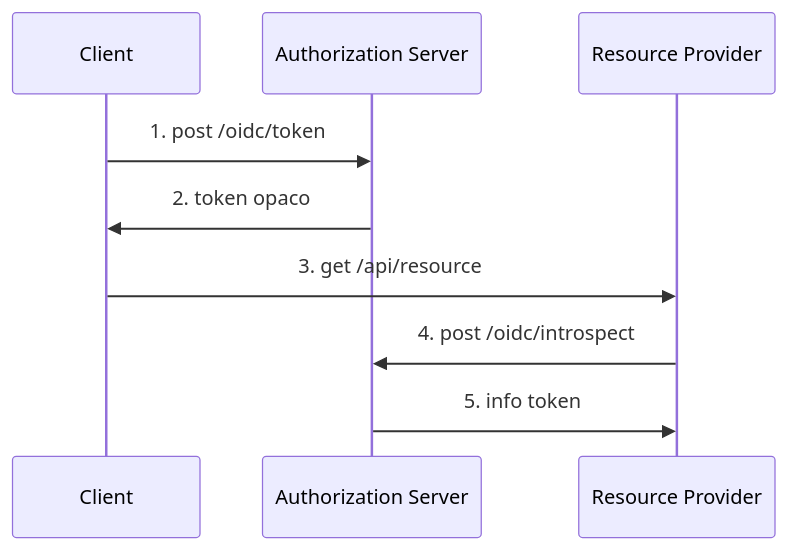
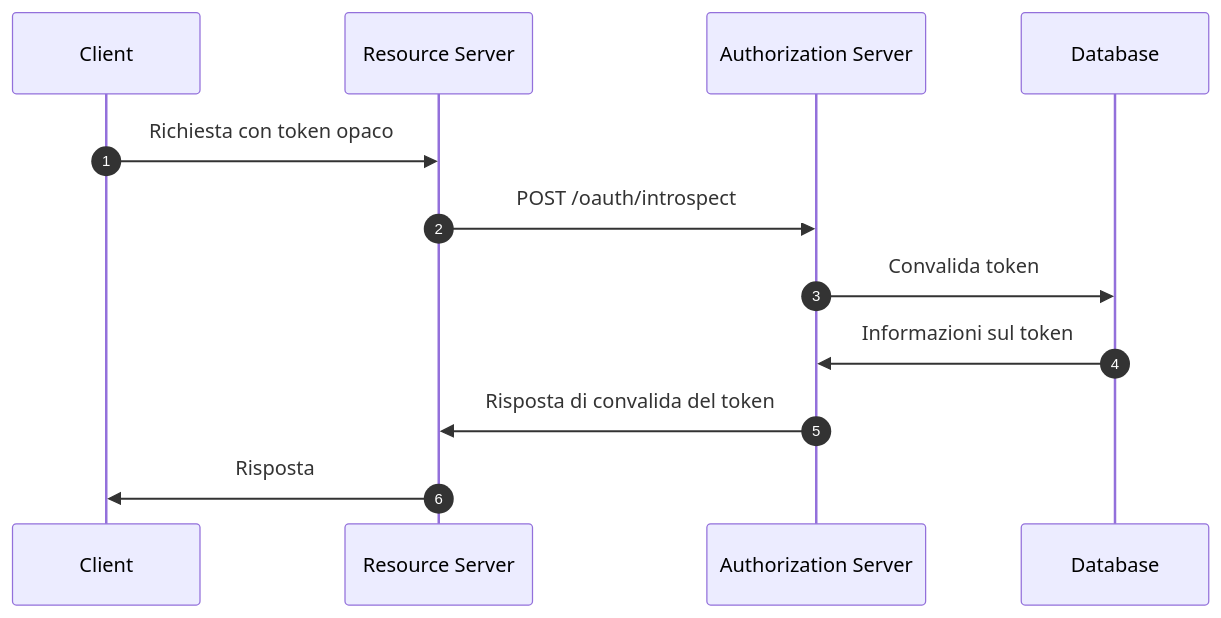
Before and after one commit to logto-io/auth-wiki: the third of 5 diagrams in src/content/terms/it/opaque-token.mdx, drawn with Mermaid. The commit also changed other lines of this file and 95 other files, not shown here.

````diff
--- a/src/content/terms/it/opaque-token.mdx
+++ b/src/content/terms/it/opaque-token.mdx
@@ -49,13 +80,15 @@
 ```mermaid
 sequenceDiagram
     participant C as Client
+    participant RS as Resource Server
     participant AS as Authorization Server
-    participant RP as Resource Provider
+    participant D as Database
+    autonumber
 
-    C ->> AS: 1. post /oidc/token
-    AS ->> C: 2. token opaco
-    C ->> RP: 3. get /api/resource
-    RP ->> AS: 4. post /oidc/introspect
-    AS ->> RP: 5. info token
-
+    C->>RS: Richiesta con token opaco
+    RS->>AS: POST /oauth/introspect
+    AS->>D: Convalida token
+    D->>AS: Informazioni sul token
+    AS->>RS: Risposta di convalida del token
+    RS->>C: Risposta
 ```
````
